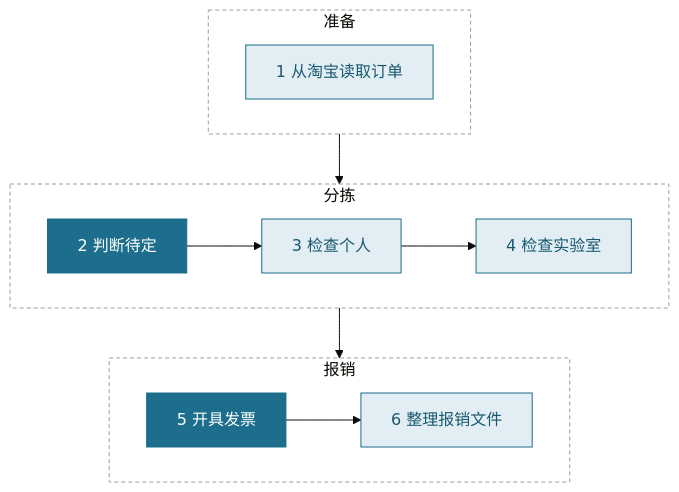
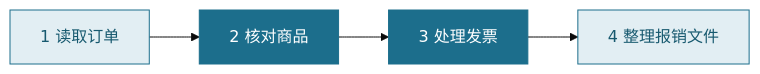
The first of 2 diagrams in README.md (jackdhch/taobao-order-triage), drawn with Mermaid (base theme) before and after one commit. The commit also changed other lines of this file and 11 other files, not shown here.

First line of the commit message:
README、截图和说明同步为四步主线

````diff
--- a/README.md
+++ b/README.md
@@ -140,23 +131,8 @@
 ```mermaid
-flowchart TB
-    subgraph prep ["准备"]
-        direction LR
-        s1["1 从淘宝读取订单"]
-    end
-    subgraph sort ["分拣"]
-        direction LR
-        s2["2 判断待定"] --> s3["3 检查个人"] --> s4["4 检查实验室"]
-    end
-    subgraph claim ["报销"]
-        direction LR
-        s5["5 开具发票"] --> s6["6 整理报销文件"]
-    end
-    prep --> sort --> claim
-    style prep fill:none,stroke:#949EA2,stroke-dasharray:4 3
-    style sort fill:none,stroke:#949EA2,stroke-dasharray:4 3
-    style claim fill:none,stroke:#949EA2,stroke-dasharray:4 3
+flowchart LR
+    s1["1 读取订单"] --> s2["2 核对商品"] --> s3["3 处理发票"] --> s4["4 整理报销文件"]
     classDef step fill:#E2EEF3,stroke:#1C6E8C,color:#17596F
     classDef key fill:#1C6E8C,stroke:#1C6E8C,color:#FFFFFF
-    class s1,s3,s4,s6 step
-    class s2,s5 key
+    class s1,s4 step
+    class s2,s3 key
 ```
````
